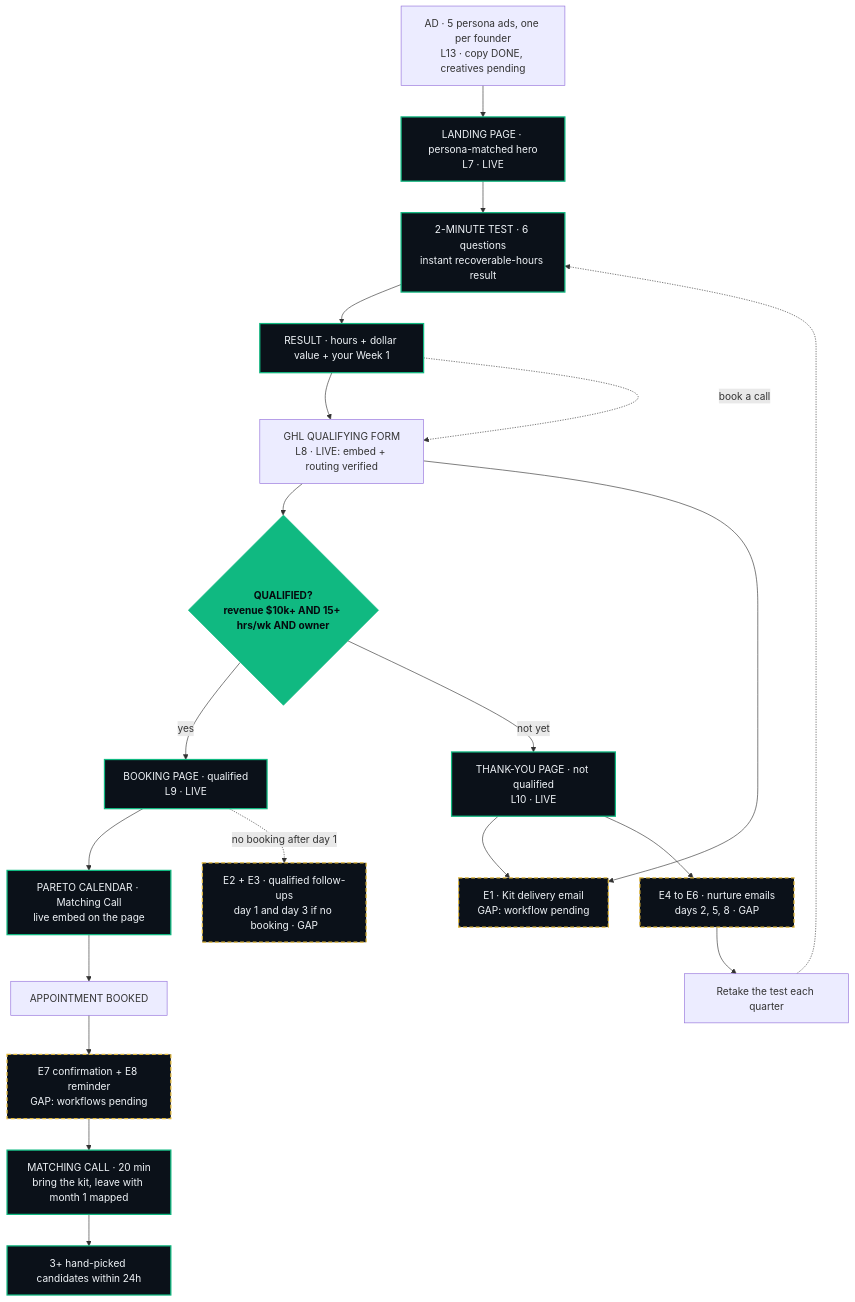
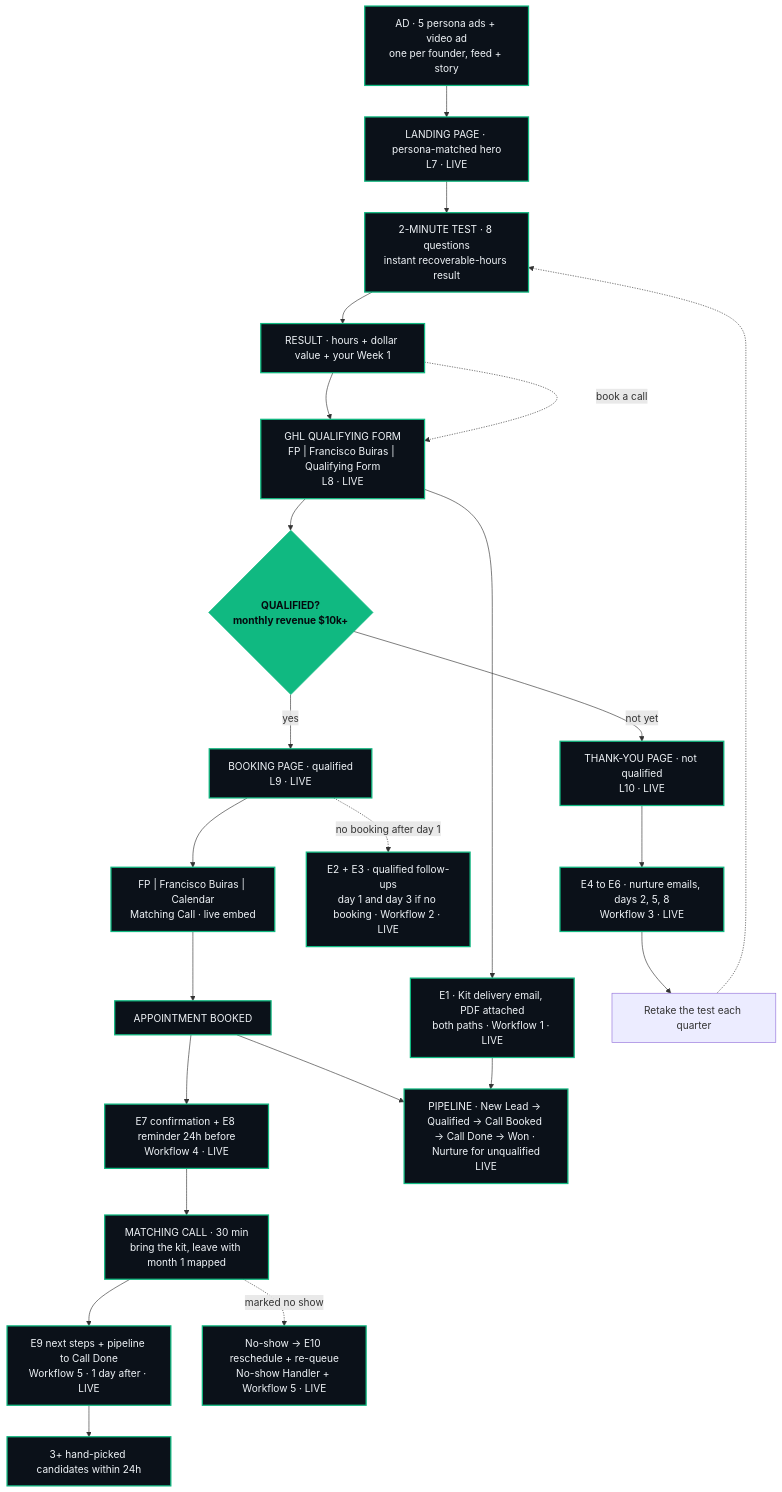
One commit to francisco12-a11y/Final-Project changed the diagram in project-docs/business-map.md. Above: the diagram before and after it, drawn with Mermaid. The commit also changed other lines of this file and 2 other files, not shown here.

````diff
--- a/project-docs/business-map.md
+++ b/project-docs/business-map.md
@@ -16,35 +17,39 @@
 ```mermaid
 flowchart TD
-    AD["AD · 5 persona ads, one per founder<br/>L13 · copy DONE, creatives pending"]
+    AD["AD · 5 persona ads + video ad<br/>one per founder, feed + story"]
     LP["LANDING PAGE · persona-matched hero<br/>L7 · LIVE"]
-    TEST["2-MINUTE TEST · 6 questions<br/>instant recoverable-hours result"]
+    TEST["2-MINUTE TEST · 8 questions<br/>instant recoverable-hours result"]
     RESULT["RESULT · hours + dollar value + your Week 1"]
-    FORM["GHL QUALIFYING FORM<br/>L8 · LIVE: embed + routing verified"]
-    QUAL{"QUALIFIED?<br/>revenue $10k+ AND 15+ hrs/wk AND owner"}
+    FORM["GHL QUALIFYING FORM<br/>FP | Francisco Buiras | Qualifying Form<br/>L8 · LIVE"]
+    QUAL{"QUALIFIED?<br/>monthly revenue $10k+"}
     QPAGE["BOOKING PAGE · qualified<br/>L9 · LIVE"]
-    CAL["PARETO CALENDAR · Matching Call<br/>live embed on the page"]
+    CAL["FP | Francisco Buiras | Calendar<br/>Matching Call · live embed"]
     APPT["APPOINTMENT BOOKED"]
-    E7E8["E7 confirmation + E8 reminder<br/>GAP: workflows pending"]
-    CALL["MATCHING CALL · 20 min<br/>bring the kit, leave with month 1 mapped"]
+    E7E8["E7 confirmation + E8 reminder 24h before<br/>Workflow 4 · LIVE"]
+    CALL["MATCHING CALL · 30 min<br/>bring the kit, leave with month 1 mapped"]
+    POST["E9 next steps + pipeline to Call Done<br/>Workflow 5 · 1 day after · LIVE"]
+    NOSHOW["No-show → E10 reschedule + re-queue<br/>No-show Handler + Workflow 5 · LIVE"]
     CAND["3+ hand-picked candidates within 24h"]
     TPAGE["THANK-YOU PAGE · not qualified<br/>L10 · LIVE"]
-    E1["E1 · Kit delivery email<br/>GAP: workflow pending"]
-    E2E3["E2 + E3 · qualified follow-ups<br/>day 1 and day 3 if no booking · GAP"]
-    NUR["E4 to E6 · nurture emails<br/>days 2, 5, 8 · GAP"]
+    E1["E1 · Kit delivery email, PDF attached<br/>both paths · Workflow 1 · LIVE"]
+    E2E3["E2 + E3 · qualified follow-ups<br/>day 1 and day 3 if no booking · Workflow 2 · LIVE"]
+    NUR["E4 to E6 · nurture emails, days 2, 5, 8<br/>Workflow 3 · LIVE"]
+    PIPE["PIPELINE · New Lead → Qualified → Call Booked → Call Done → Won · Nurture for unqualified<br/>LIVE"]
     RETAKE["Retake the test each quarter"]
 
     AD --> LP --> TEST --> RESULT --> FORM --> QUAL
     RESULT -.book a call.-> FORM
-    QUAL -- yes --> QPAGE --> CAL --> APPT --> E7E8 --> CALL --> CAND
-    QUAL -- not yet --> TPAGE --> E1
+    QUAL -- yes --> QPAGE --> CAL --> APPT --> E7E8 --> CALL --> POST --> CAND
+    CALL -.marked no show.-> NOSHOW
+    QPAGE -.no booking after day 1.-> E2E3
+    QUAL -- not yet --> TPAGE
     FORM --> E1
-    QPAGE -.no booking after day 1.-> E2E3
     TPAGE --> NUR --> RETAKE -.-> TEST
+    APPT --> PIPE
+    E1 --> PIPE
 
     classDef live fill:#0b1119,stroke:#10b981,stroke-width:2px,color:#f0f4f8
-    classDef gap fill:#0b1119,stroke:#e2b93b,stroke-width:2px,stroke-dasharray:6 4,color:#f0f4f8
     classDef decision fill:#10b981,stroke:#10b981,color:#050a0e,font-weight:bold
-    class LP,QPAGE,CAL,TPAGE,TEST,RESULT,CALL,CAND live
-    class E7E8,E1,E2E3,NUR gap
+    class LP,QPAGE,CAL,TPAGE,TEST,RESULT,CALL,CAND,AD,FORM,APPT,E7E8,POST,NOSHOW,E1,E2E3,NUR,PIPE live
     class QUAL decision
 ```
````
